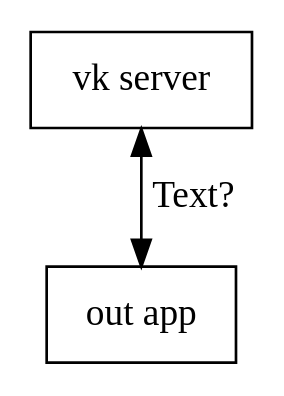
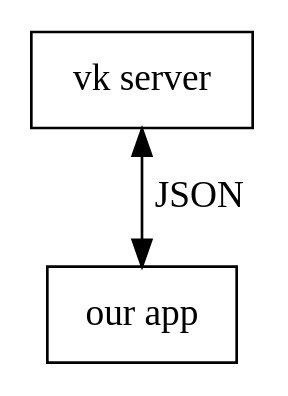
One commit to ilvokhin/oop-project changed the diagram in reports/HLA/diag/phys.dot. Above: the diagram before and after it, drawn with Graphviz. The commit also changed 1 other file, not shown here.

```diff
--- a/reports/HLA/diag/phys.dot
+++ b/reports/HLA/diag/phys.dot
@@ -1,6 +1,6 @@
 // dot -Tpdf phys.dot -o phys.pdf
 digraph G
 {
 	node [shape = record];
-	"vk server" -> "out app" [label = "Text?" dir="both"]
+	"vk server" -> "our app" [label = " JSON" dir="both"]
 }
```
